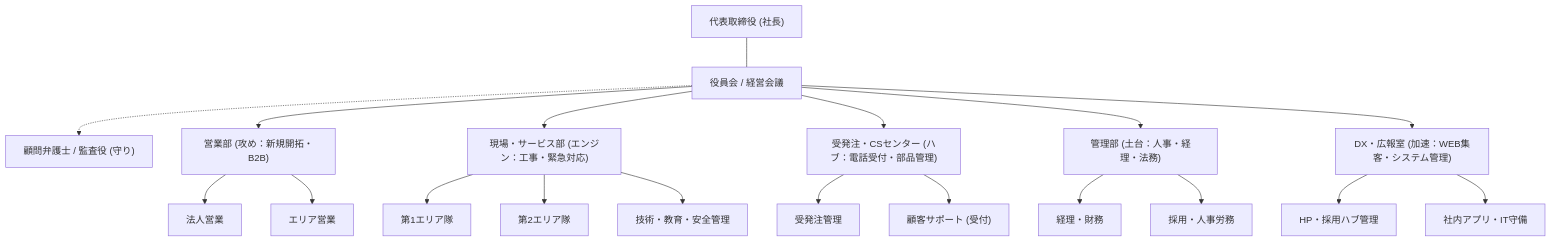
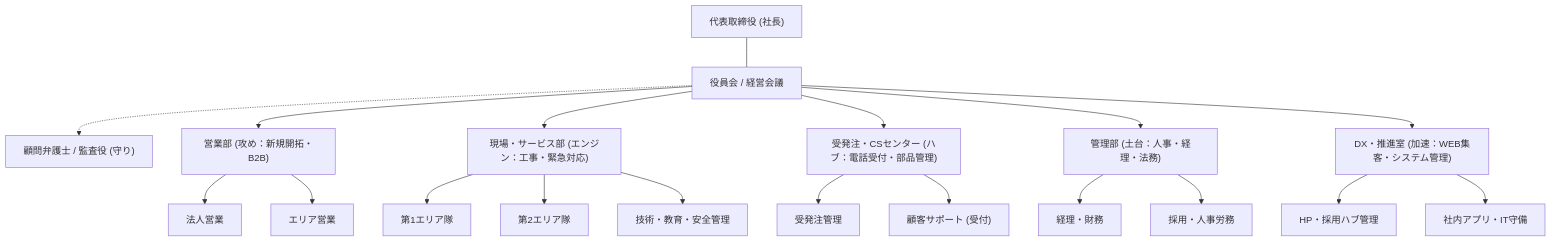
One commit to carlockhomes-inc/carlockhomes-inc.github.io changed the diagram in CARLOCKHOMES/RISK_MANAGEMENT/05_売上10億円規模の理想組織図.md. Above: the diagram before and after it, drawn with Mermaid. The commit also changed other lines of this file and 19 other files, not shown here.

````diff
--- a/CARLOCKHOMES/RISK_MANAGEMENT/05_売上10億円規模の理想組織図.md
+++ b/CARLOCKHOMES/RISK_MANAGEMENT/05_売上10億円規模の理想組織図.md
@@ -9,42 +8,42 @@
 ```mermaid
 graph TD
     %% 経営トップ
     CEO["代表取締役 (社長)"]
     Management["役員会 / 経営会議"]
 
     %% 横断組織
     Legal["顧問弁護士 / 監査役 (守り)"]
 
     %% 4つの主要部門
     Sales["営業部 (攻め：新規開拓・B2B)"]
     Service["現場・サービス部 (エンジン：工事・緊急対応)"]
     CS["受発注・CSセンター (ハブ：電話受付・部品管理)"]
     Admin["管理部 (土台：人事・経理・法務)"]
-    DX["DX・広報室 (加速：WEB集客・システム管理)"]
+    DX["DX・推進室 (加速：WEB集客・システム管理)"]
 
     %% 詳細
     Sales --> TeamS1["法人営業"]
     Sales --> TeamS2["エリア営業"]
     
     Service --> TeamV1["第1エリア隊"]
     Service --> TeamV2["第2エリア隊"]
     Service --> Tech["技術・教育・安全管理"]
 
     CS --> Order["受発注管理"]
     CS --> Support["顧客サポート (受付)"]
 
     Admin --> Accounting["経理・財務"]
     Admin --> HR["採用・人事労務"]
 
     DX --> Web["HP・採用ハブ管理"]
     DX --> App["社内アプリ・IT守備"]
 
-    %% 関係線
+    %% 関係結び
     CEO --- Management
     Management -.-> Legal
     Management --> Sales
     Management --> Service
     Management --> CS
     Management --> Admin
     Management --> DX
 ```
````
